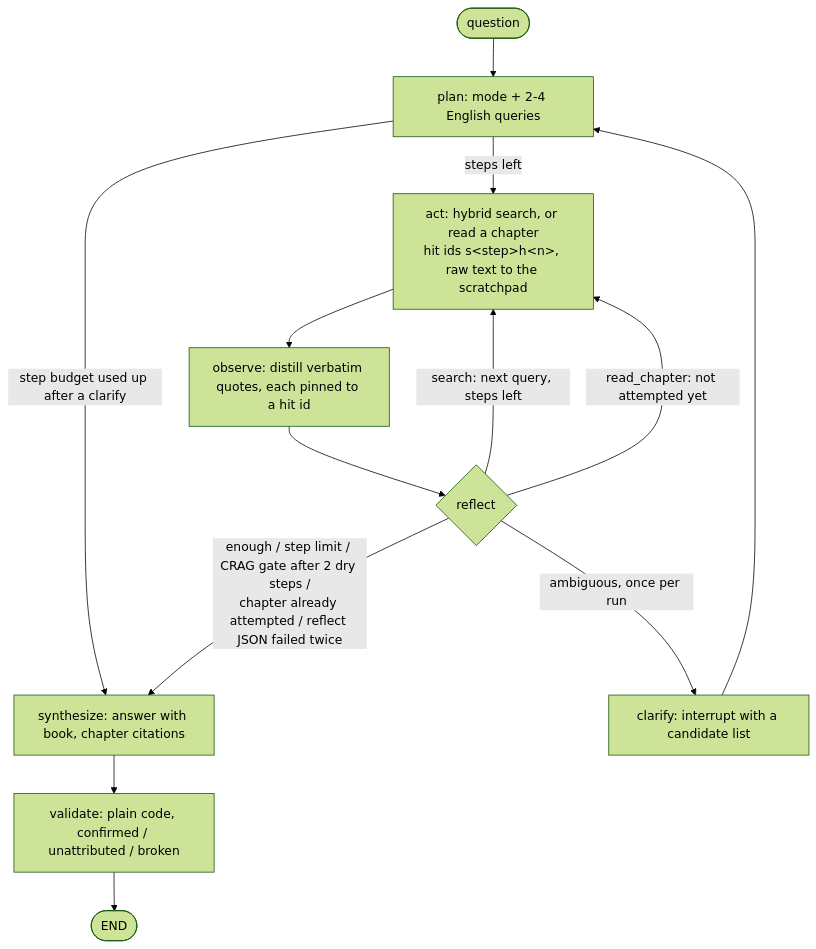
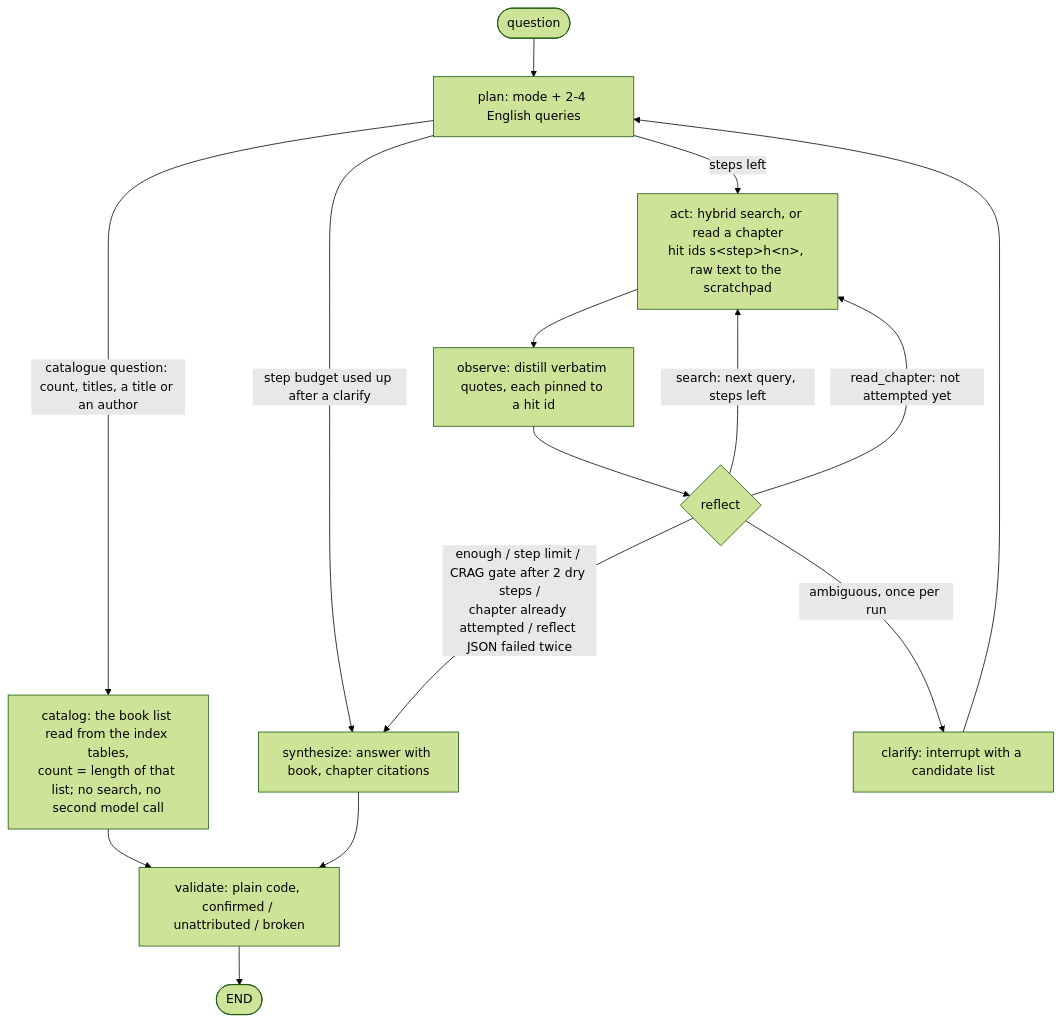
One commit to ievgen-borysenko/ask-your-library changed the first of 2 diagrams in README.md. Above: the diagram before and after it, drawn with Mermaid (forest theme). The commit also changed other lines of this file and 20 other files, not shown here.

````diff
--- a/README.md
+++ b/README.md
@@ -39,15 +45,17 @@
 ```mermaid
 flowchart TD
     Q([question]) --> P[plan: mode + 2-4 English queries]
     P -->|steps left| A[act: hybrid search, or read a chapter<br/>hit ids s&lt;step&gt;h&lt;n&gt;, raw text to the scratchpad]
     P -->|step budget used up after a clarify| S
+    P -->|catalogue question: count, titles, a title or an author| K[catalog: the book list read from the index tables,<br/>count = length of that list; no search, no second model call]
+    K --> V
     A --> O[observe: distill verbatim quotes, each pinned to a hit id]
     O --> R{reflect}
     R -->|search: next query, steps left| A
     R -->|read_chapter: not attempted yet| A
     R -->|ambiguous, once per run| C[clarify: interrupt with a candidate list]
     C --> P
     R -->|enough / step limit / CRAG gate after 2 dry steps /<br/>chapter already attempted / reflect JSON failed twice| S[synthesize: answer with book, chapter citations]
     S --> V[validate: plain code, confirmed / unattributed / broken]
     V --> E([END])
 ```
````
